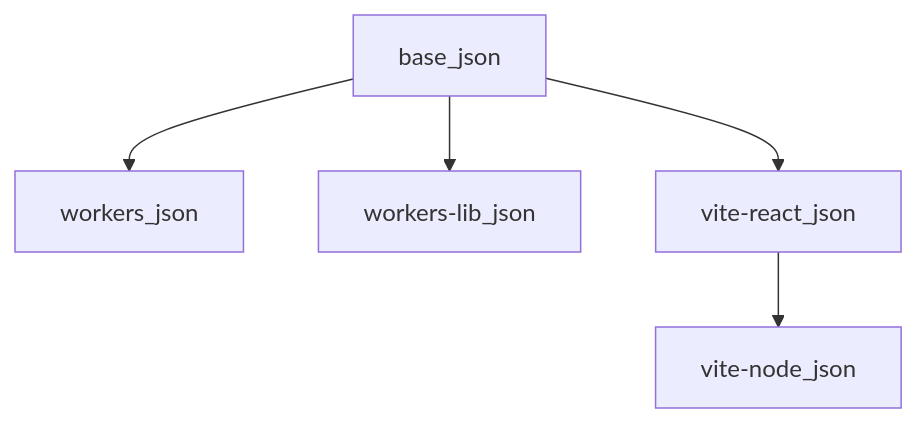
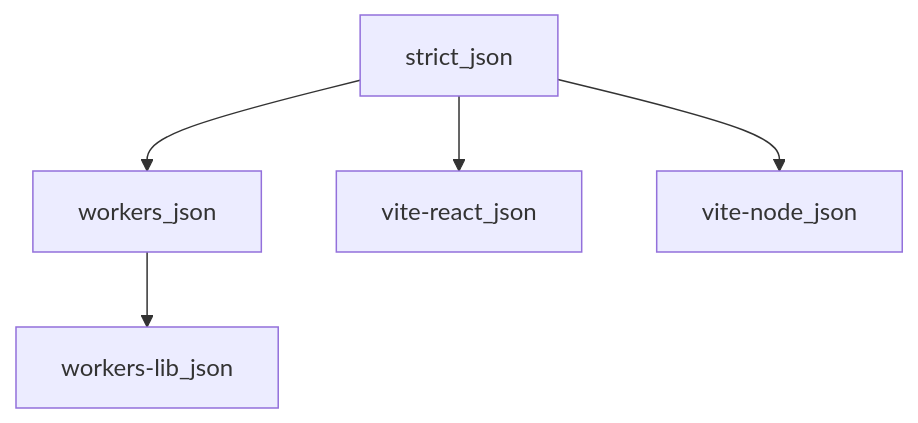
One commit to louisbrulenaudet/monorepo-template changed the diagram in packages/typescript-config/README.md. Above: the diagram before and after it, drawn with Mermaid. The commit also changed other lines of this file and 123 other files, not shown here.

````diff
--- a/packages/typescript-config/README.md
+++ b/packages/typescript-config/README.md
@@ -98,8 +123,8 @@
 ```mermaid
 flowchart TD
-  Base[base_json]
-  Base --> Workers[workers_json]
-  Base --> WorkersLib[workers-lib_json]
-  Base --> ViteReact[vite-react_json]
-  ViteReact --> ViteNode[vite-node_json]
+  Strict[strict_json]
+  Strict --> Workers[workers_json]
+  Strict --> ViteReact[vite-react_json]
+  Strict --> ViteNode[vite-node_json]
+  Workers --> WorkersLib[workers-lib_json]
 ```
````
